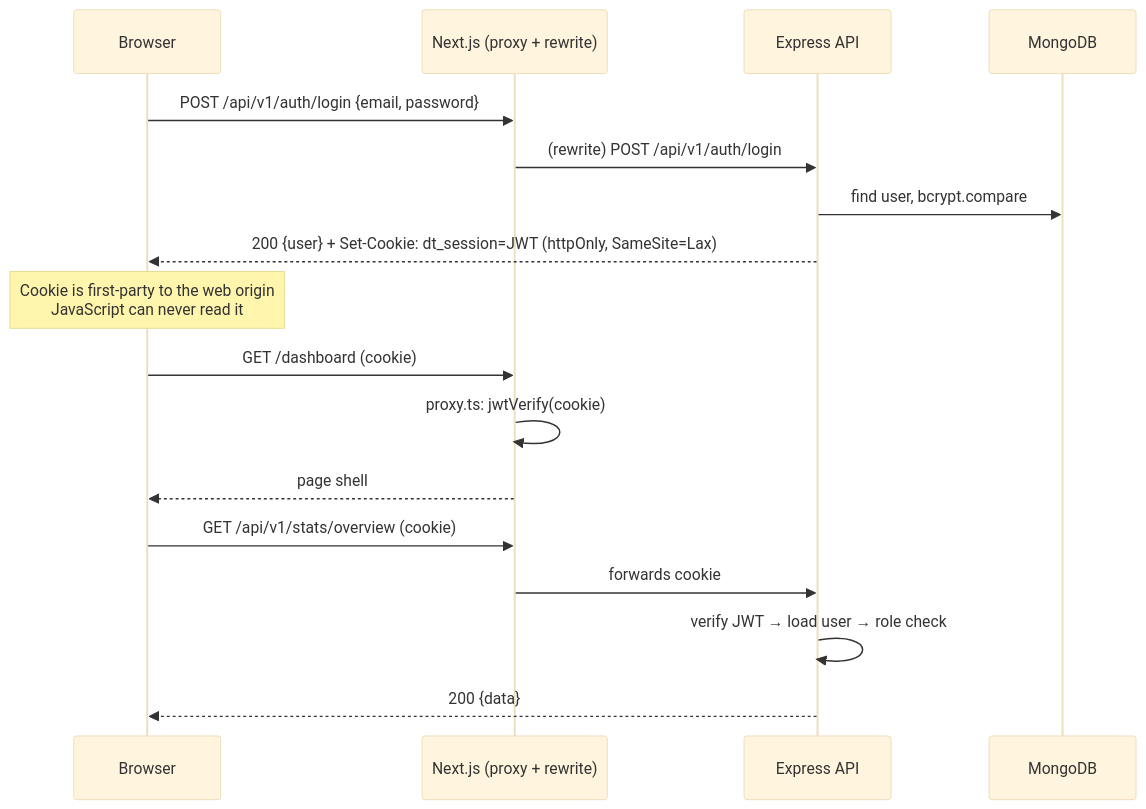
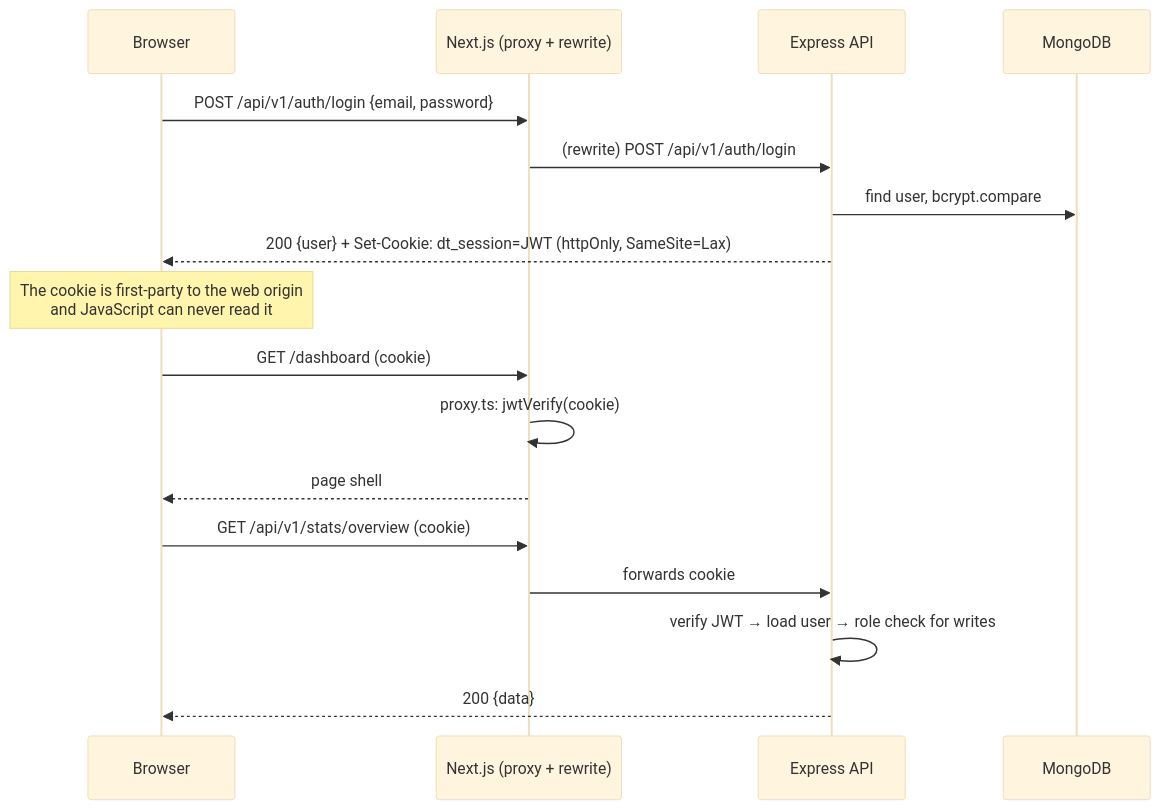
Before and after one commit to cenedyportfolio-byte/doctor-tracker: the second of 2 diagrams in README.md, drawn with Mermaid (base theme). The commit also changed other lines of this file and 19 other files, not shown here.

````diff
--- a/README.md
+++ b/README.md
@@ -163,20 +174,20 @@
 ```mermaid
 sequenceDiagram
     participant B as Browser
     participant N as Next.js (proxy + rewrite)
     participant A as Express API
     participant M as MongoDB
 
     B->>N: POST /api/v1/auth/login {email, password}
     N->>A: (rewrite) POST /api/v1/auth/login
     A->>M: find user, bcrypt.compare
     A-->>B: 200 {user} + Set-Cookie: dt_session=JWT (httpOnly, SameSite=Lax)
-    Note over B: Cookie is first-party to the web origin<br/>JavaScript can never read it
+    Note over B: The cookie is first-party to the web origin<br/>and JavaScript can never read it
     B->>N: GET /dashboard (cookie)
     N->>N: proxy.ts: jwtVerify(cookie)
     N-->>B: page shell
     B->>N: GET /api/v1/stats/overview (cookie)
     N->>A: forwards cookie
-    A->>A: verify JWT → load user → role check
+    A->>A: verify JWT → load user → role check for writes
     A-->>B: 200 {data}
 ```
````
